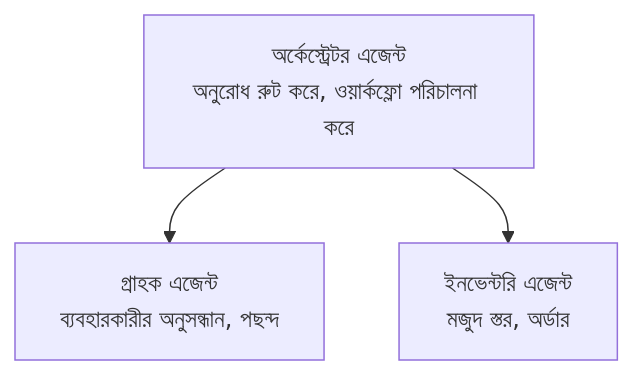
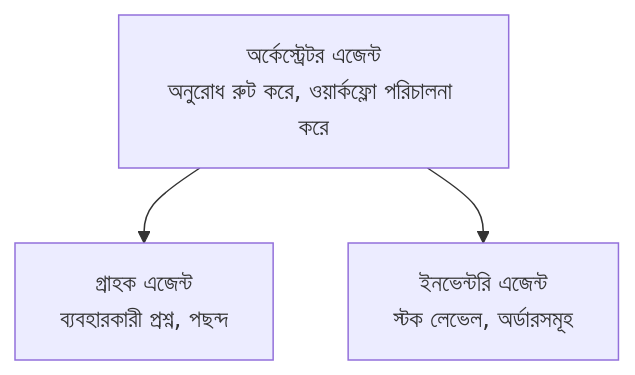
The diagram in translations/bn/docs/chapter-05-multi-agent/README.md (microsoft/AZD-for-beginners), drawn with Mermaid before and after one commit. The commit also changed other lines of this file and 101 other files, not shown here.

````diff
--- a/translations/bn/docs/chapter-05-multi-agent/README.md
+++ b/translations/bn/docs/chapter-05-multi-agent/README.md
@@ -50,5 +52,5 @@
 ```mermaid
 graph TD
-    Orchestrator[অর্কেস্ট্রেটর এজেন্ট<br/>অনুরোধ রুট করে, ওয়ার্কফ্লো পরিচালনা করে] --> Customer[গ্রাহক এজেন্ট<br/>ব্যবহারকারীর অনুসন্ধান, পছন্দ]
-    Orchestrator --> Inventory[ইনভেন্টরি এজেন্ট<br/>মজুদ স্তর, অর্ডার]
+    Orchestrator[অর্কেস্ট্রেটর এজেন্ট<br/>অনুরোধ রুট করে, ওয়ার্কফ্লো পরিচালনা করে] --> Customer[গ্রাহক এজেন্ট<br/>ব্যবহারকারী প্রশ্ন, পছন্দ] 
+    Orchestrator --> Inventory[ইনভেন্টরি এজেন্ট<br/>স্টক লেভেল, অর্ডারসমূহ]
 ```
````
